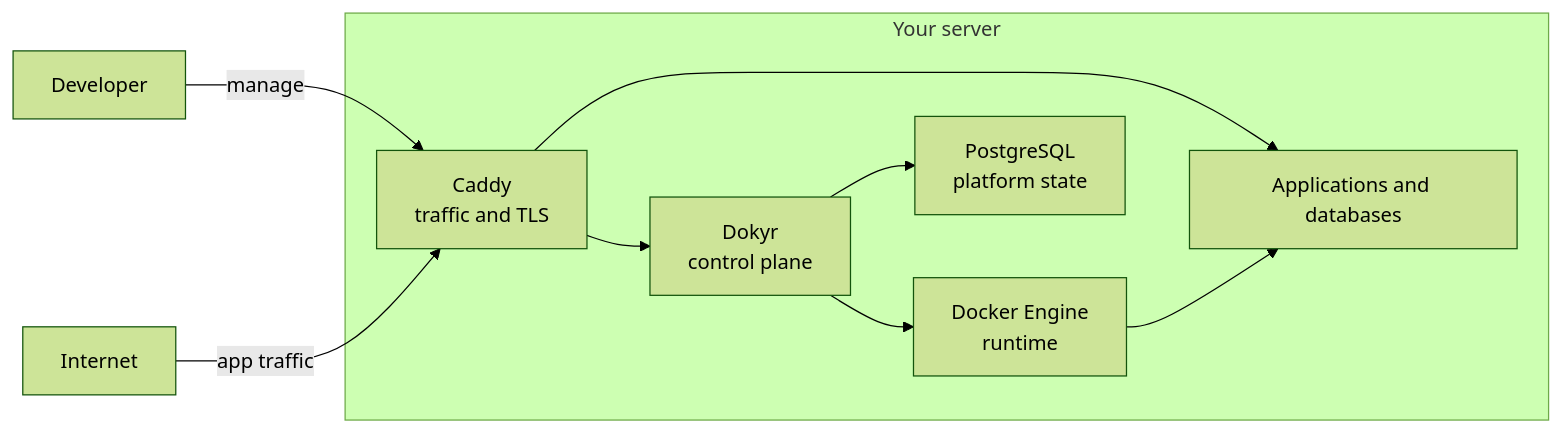
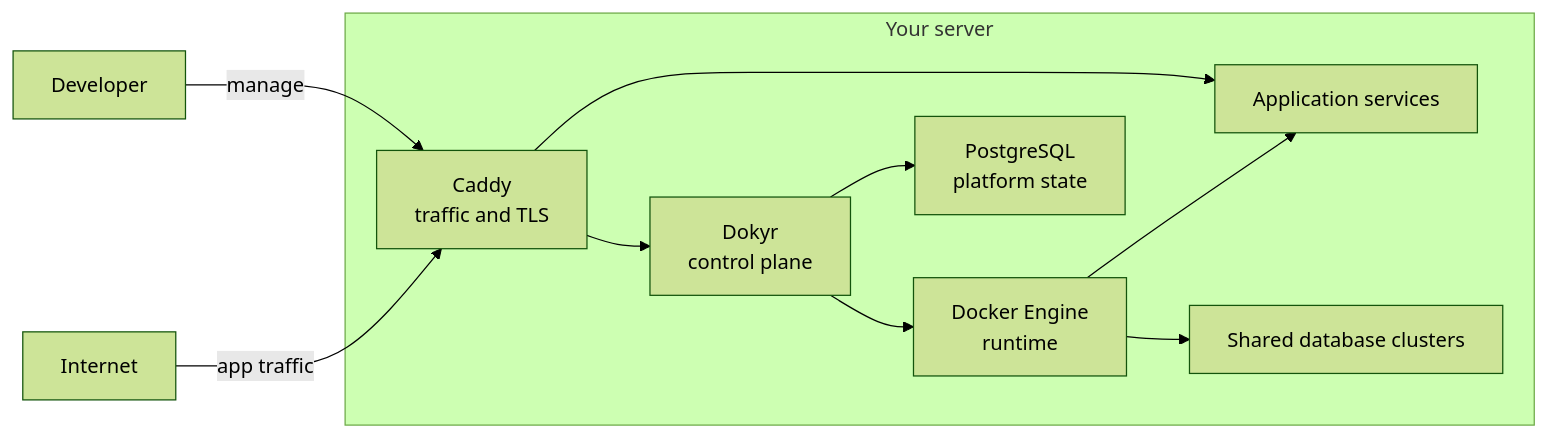
The first of 5 diagrams in docs/ARCHITECTURE.md (azayr/dokyr), drawn with Mermaid (forest theme) before and after one commit. The commit also changed other lines of this file and 24 other files, not shown here.

Commit message:
feat: add shared database clusters

````diff
--- a/docs/ARCHITECTURE.md
+++ b/docs/ARCHITECTURE.md
@@ -14,21 +14,23 @@
 ```mermaid
 flowchart LR
     Developer["Developer"]
     Internet["Internet"]
 
     subgraph Server["Your server"]
         Caddy["Caddy<br/>traffic and TLS"]
         Dokyr["Dokyr<br/>control plane"]
         Docker["Docker Engine<br/>runtime"]
         Data["PostgreSQL<br/>platform state"]
-        Services["Applications and databases"]
+        Services["Application services"]
+        Databases["Shared database clusters"]
     end
 
     Developer -->|"manage"| Caddy
     Internet -->|"app traffic"| Caddy
     Caddy --> Dokyr
     Caddy --> Services
     Dokyr --> Data
     Dokyr --> Docker
     Docker --> Services
+    Docker --> Databases
 ```
````
